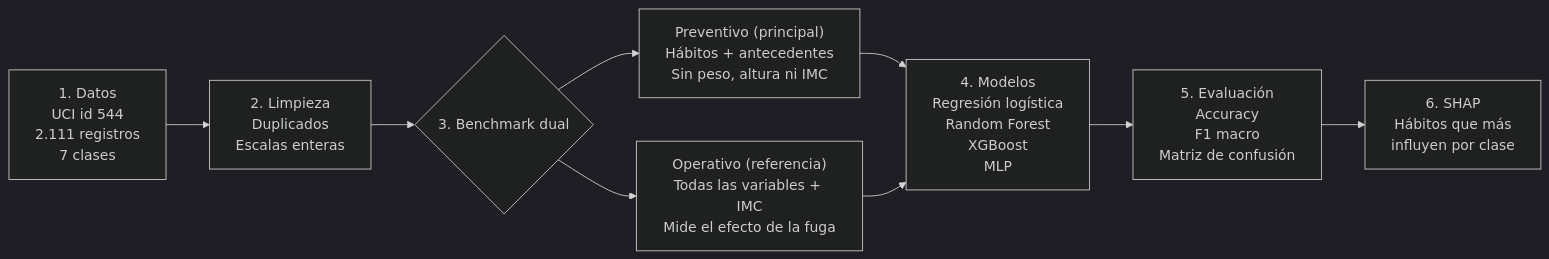
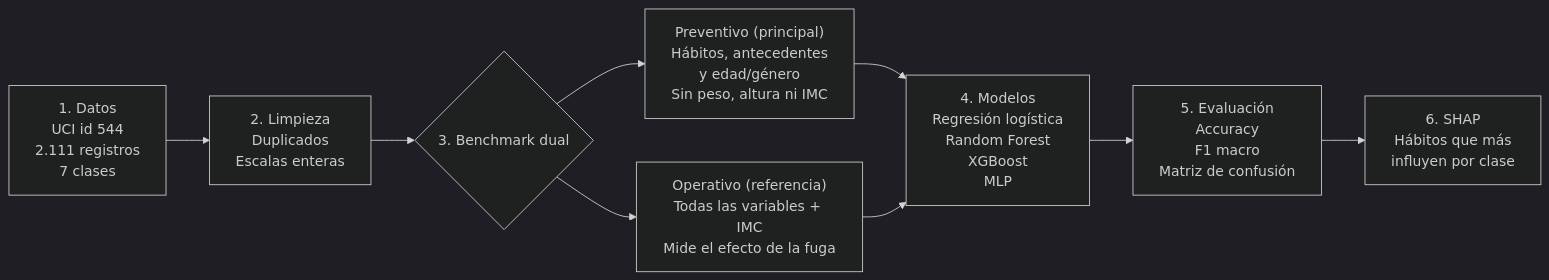
One commit to tdavidvergara/proyecto_final_aprendizaje_automatico changed the diagram in Informe_Estado_del_Arte_Obesidad_ML_DL.md. Above: the diagram before and after it, drawn with Mermaid (dark theme). The commit also changed other lines of this file, not shown here.

Commit message:
docs: incluir Gender y Age en el benchmark preventivo y alinear preprocesamiento con el EDA

````diff
--- a/Informe_Estado_del_Arte_Obesidad_ML_DL.md
+++ b/Informe_Estado_del_Arte_Obesidad_ML_DL.md
@@ -214,11 +214,11 @@
 ```mermaid
 flowchart LR
     A["1. Datos<br/>UCI id 544<br/>2.111 registros<br/>7 clases"] --> B["2. Limpieza<br/>Duplicados<br/>Escalas enteras"]
     B --> C{"3. Benchmark dual"}
-    C --> P["Preventivo (principal)<br/>Hábitos + antecedentes<br/>Sin peso, altura ni IMC"]
+    C --> P["Preventivo (principal)<br/>Hábitos, antecedentes<br/>y edad/género<br/>Sin peso, altura ni IMC"]
     C --> O["Operativo (referencia)<br/>Todas las variables + IMC<br/>Mide el efecto de la fuga"]
     P --> M["4. Modelos<br/>Regresión logística<br/>Random Forest<br/>XGBoost<br/>MLP"]
     O --> M
     M --> E["5. Evaluación<br/>Accuracy<br/>F1 macro<br/>Matriz de confusión"]
     E --> S["6. SHAP<br/>Hábitos que más<br/>influyen por clase"]
 ```
````
